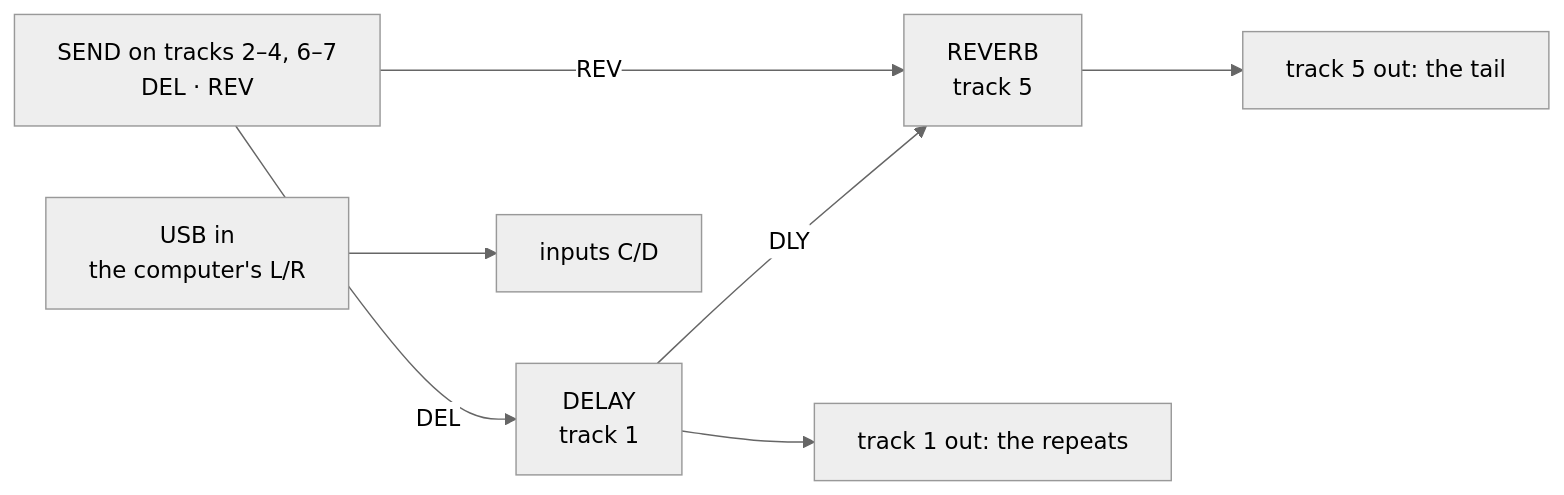
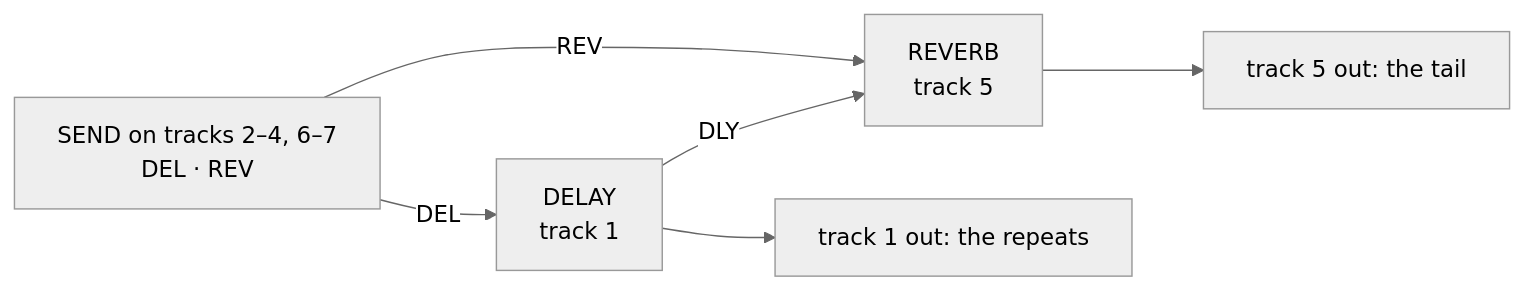
Before and after one commit to Ignorato/octabam: the diagram in remixes/bottleservice/README.md, drawn with Mermaid (neutral theme). The commit also changed other lines of this file and 3 other files, not shown here.

````diff
--- a/remixes/bottleservice/README.md
+++ b/remixes/bottleservice/README.md
@@ -34,12 +34,11 @@
 ```mermaid
 flowchart LR
     S["SEND on tracks 2–4, 6–7<br/>DEL · REV"]
     D["DELAY<br/>track 1"]
     R["REVERB<br/>track 5"]
     S -- DEL --> D
     S -- REV --> R
     D -- DLY --> R
     D --> O1["track 1 out: the repeats"]
     R --> O5["track 5 out: the tail"]
-    U["USB in<br/>the computer's L/R"] --> CD["inputs C/D"]
 ```
````
